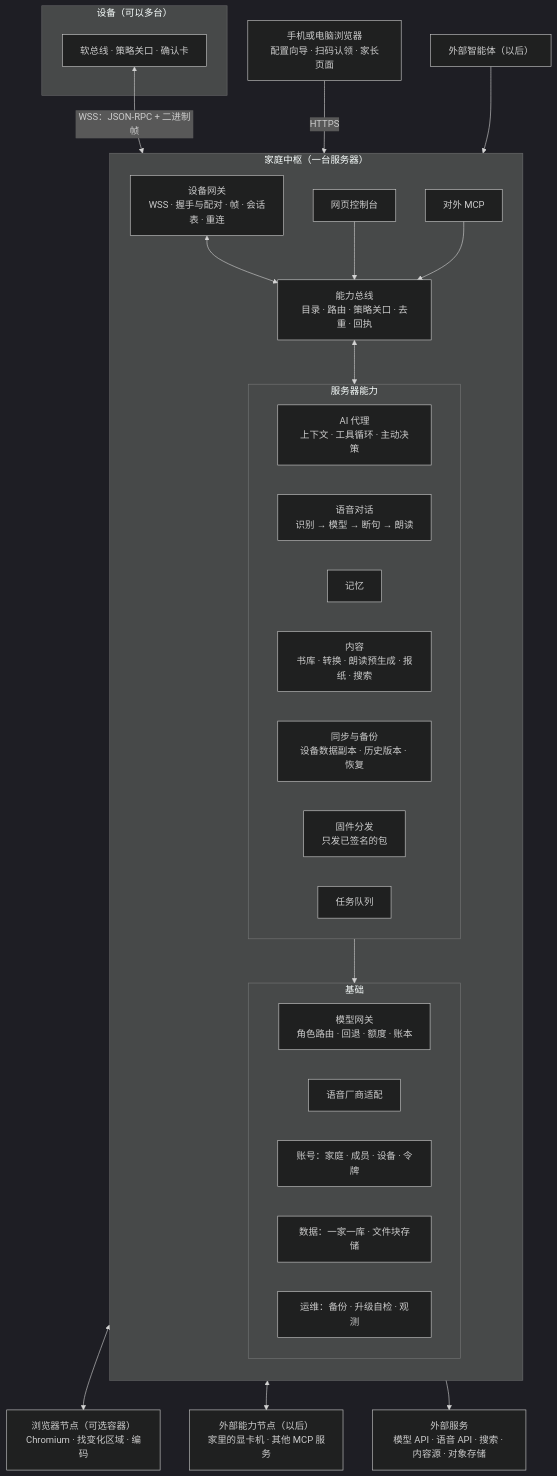
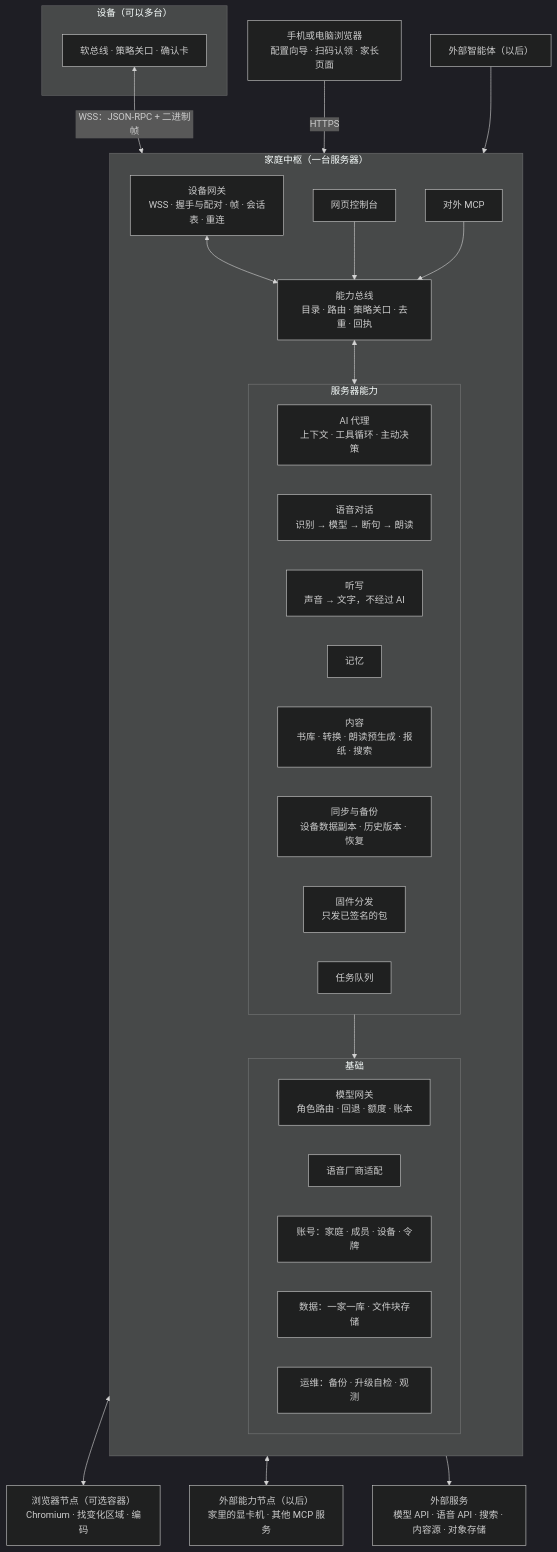
The first of 16 diagrams in docs/hub/hub-architecture.md (Gidean-zcx/ink), drawn with Mermaid (dark theme) before and after one commit. The commit also changed other lines of this file and 6 other files, not shown here.

````diff
--- a/docs/hub/hub-architecture.md
+++ b/docs/hub/hub-architecture.md
@@ -106,47 +112,48 @@
 ```mermaid
 flowchart TB
   subgraph DEV["设备（可以多台）"]
     DBUS["软总线 · 策略关口 · 确认卡"]
   end
   PHONE["手机或电脑浏览器<br/>配置向导 · 扫码认领 · 家长页面"]
   subgraph HUB["家庭中枢（一台服务器）"]
     direction TB
     GW["设备网关<br/>WSS · 握手与配对 · 帧 · 会话表 · 重连"]
     BUS["能力总线<br/>目录 · 路由 · 策略关口 · 去重 · 回执"]
     subgraph CAPS["服务器能力"]
       direction LR
       AGENT["AI 代理<br/>上下文 · 工具循环 · 主动决策"]
       VOICE["语音对话<br/>识别 → 模型 → 断句 → 朗读"]
+      DICT["听写<br/>声音 → 文字，不经过 AI"]
       MEM["记忆"]
       CONTENT["内容<br/>书库 · 转换 · 朗读预生成 · 报纸 · 搜索"]
       SYNC["同步与备份<br/>设备数据副本 · 历史版本 · 恢复"]
       FW["固件分发<br/>只发已签名的包"]
       JOBS["任务队列"]
     end
     subgraph BASE["基础"]
       direction LR
       MODEL["模型网关<br/>角色路由 · 回退 · 额度 · 账本"]
       SPEECH["语音厂商适配"]
       ACC["账号：家庭 · 成员 · 设备 · 令牌"]
       DATA["数据：一家一库 · 文件块存储"]
       OPS["运维：备份 · 升级自检 · 观测"]
     end
     CONSOLE["网页控制台"]
     MCP["对外 MCP"]
     GW <--> BUS
     BUS <--> CAPS
     CAPS --> BASE
     CONSOLE --> BUS
     MCP --> BUS
   end
   BROWSER["浏览器节点（可选容器）<br/>Chromium · 找变化区域 · 编码"]
   EXTN["外部能力节点（以后）<br/>家里的显卡机 · 其他 MCP 服务"]
   EXT["外部服务<br/>模型 API · 语音 API · 搜索 · 内容源 · 对象存储"]
   EXTAGENT["外部智能体（以后）"]
   DBUS <-- "WSS：JSON-RPC + 二进制帧" --> GW
   PHONE -- "HTTPS" --> CONSOLE
   BUS <--> BROWSER
   BUS <--> EXTN
   BASE --> EXT
   EXTAGENT --> MCP
 ```
````
